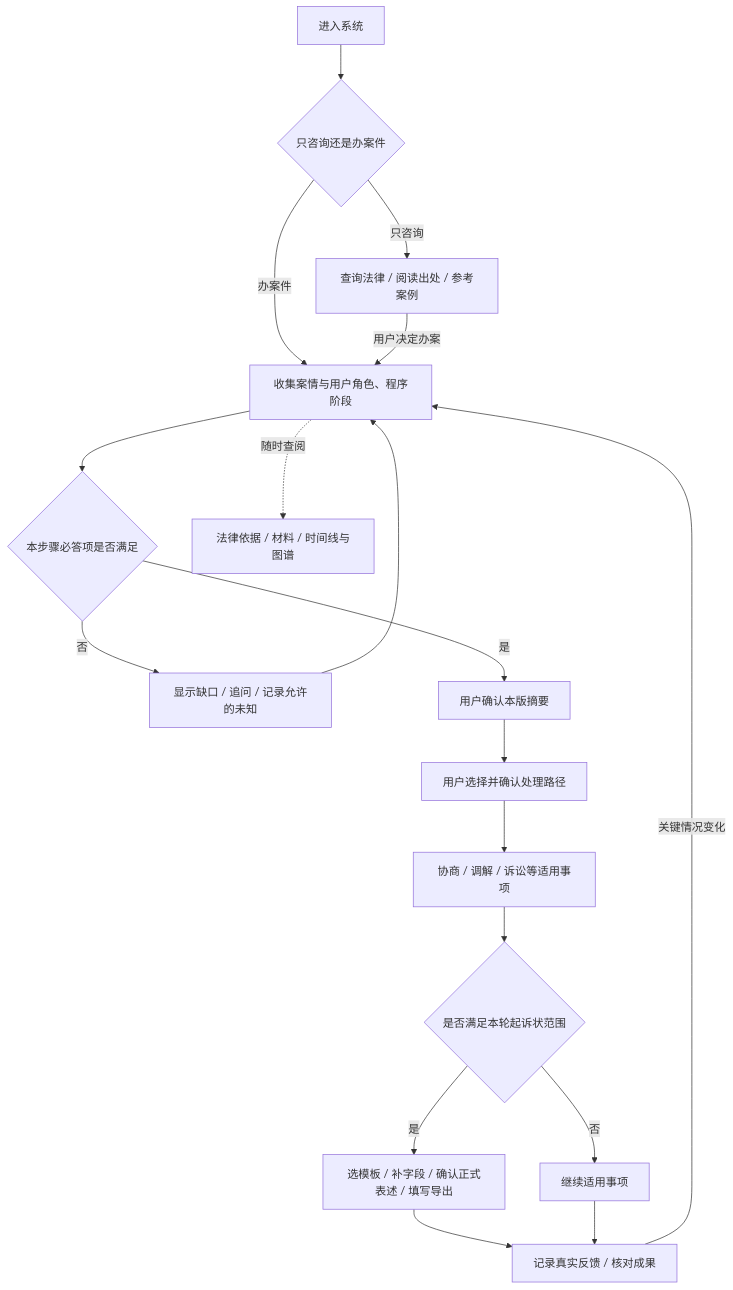
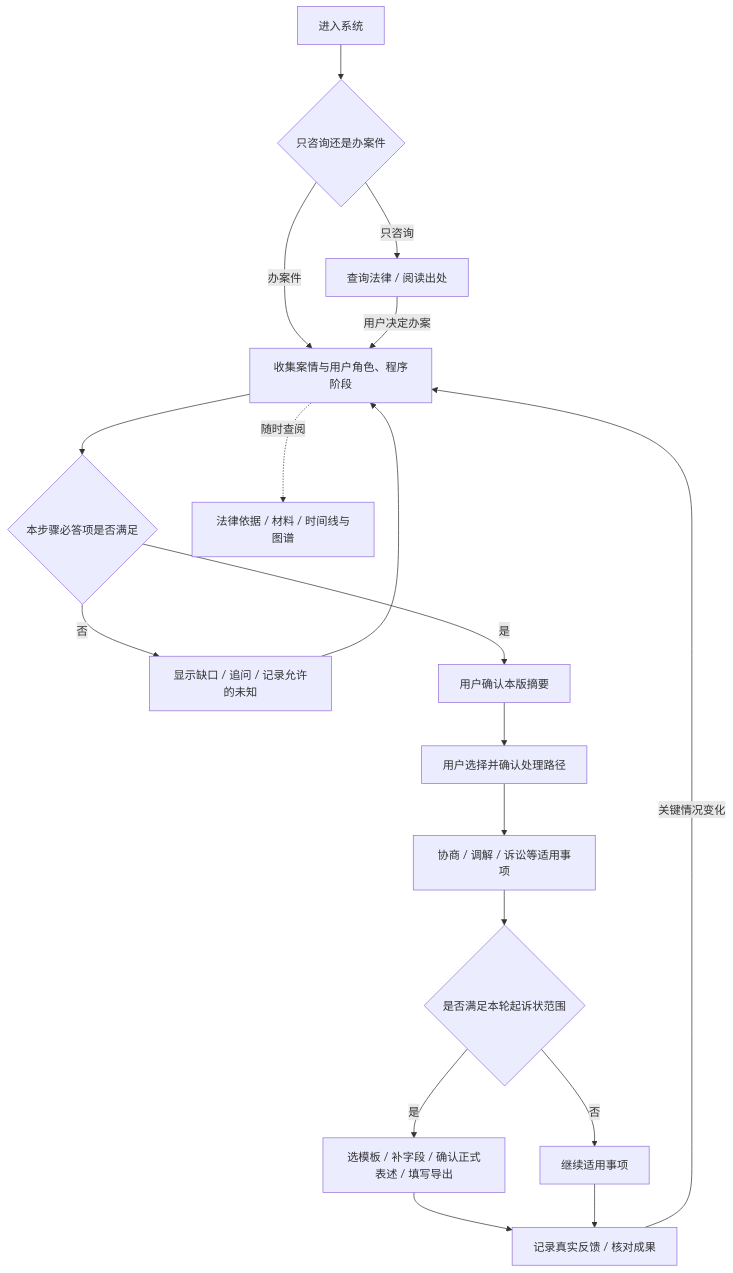
The diagram in docs/case/CivRA_固定流程与可视化改造_成员对接清单.md (Jerry-Xiong1106/CivRA), drawn with Mermaid before and after one commit. The commit also changed other lines of this file and 15 other files, not shown here.

````diff
--- a/docs/case/CivRA_固定流程与可视化改造_成员对接清单.md
+++ b/docs/case/CivRA_固定流程与可视化改造_成员对接清单.md
@@ -52,20 +50,20 @@
 ```mermaid
 flowchart TD
     A[进入系统] --> B{只咨询还是办案件}
-    B -->|只咨询| C[查询法律 / 阅读出处 / 参考案例]
+    B -->|只咨询| C[查询法律 / 阅读出处]
     B -->|办案件| D[收集案情与用户角色、程序阶段]
     C -->|用户决定办案| D
     D --> E{本步骤必答项是否满足}
     E -->|否| F[显示缺口 / 追问 / 记录允许的未知]
     F --> D
     E -->|是| G[用户确认本版摘要]
     G --> H[用户选择并确认处理路径]
     H --> I[协商 / 调解 / 诉讼等适用事项]
     I --> J{是否满足本轮起诉状范围}
     J -->|是| K[选模板 / 补字段 / 确认正式表述 / 填写导出]
     J -->|否| L[继续适用事项]
     K --> M[记录真实反馈 / 核对成果]
     L --> M
     M -->|关键情况变化| D
     D -.随时查阅.-> N[法律依据 / 材料 / 时间线与图谱]
 ```
````
